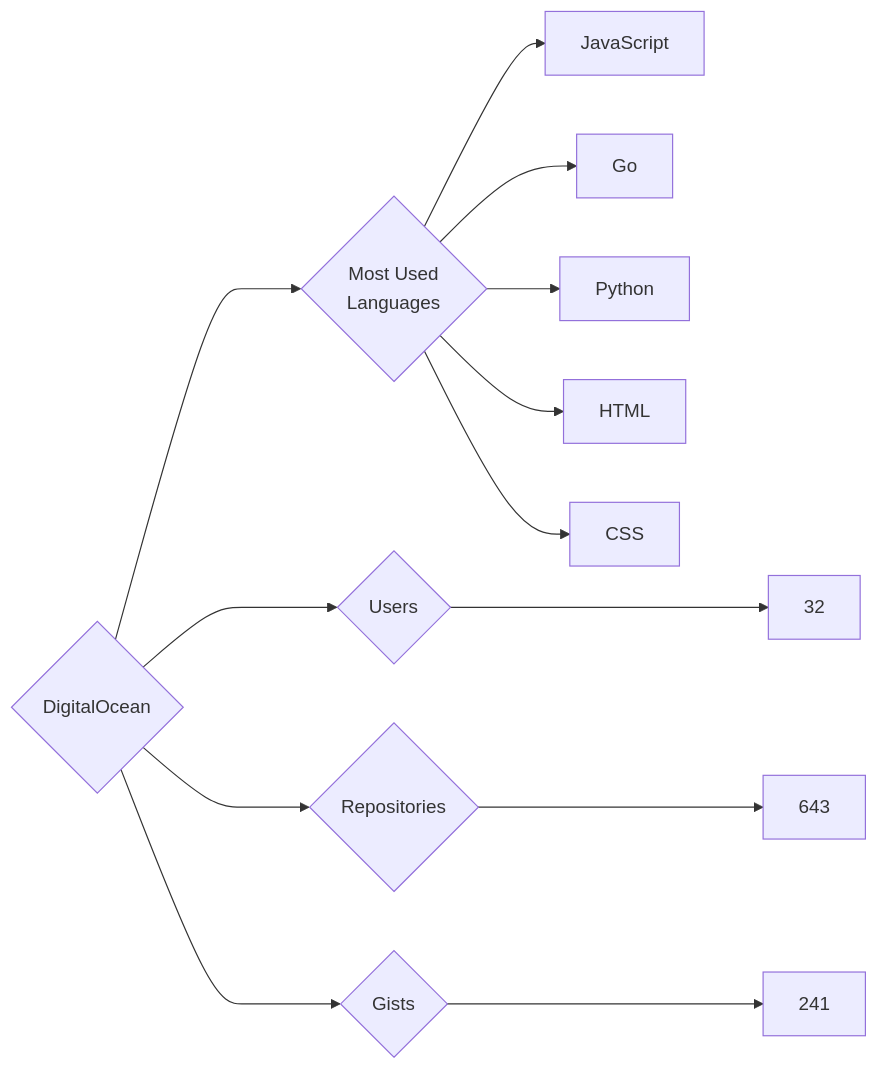
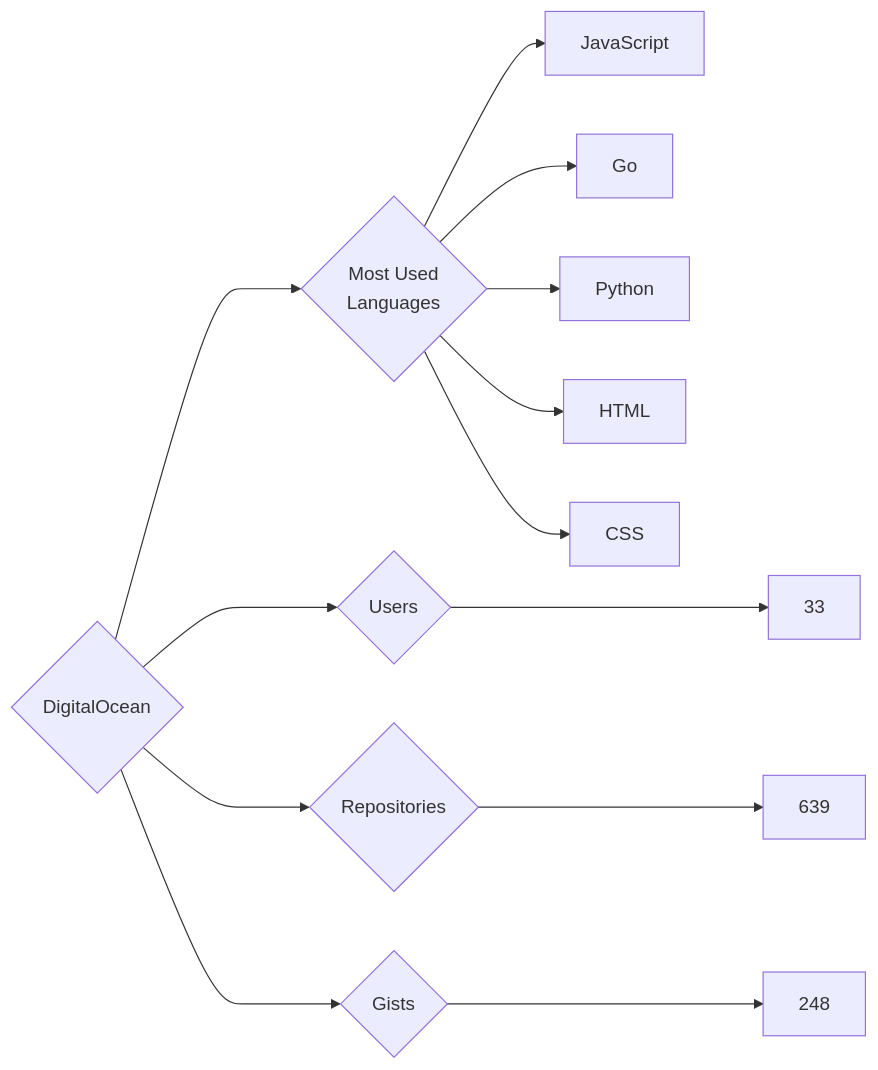
The diagram in targets/DigitalOcean/README.md (trickest/insiders), drawn with Mermaid before and after one commit. The commit also changed 895 other files, not shown here.

````diff
--- a/targets/DigitalOcean/README.md
+++ b/targets/DigitalOcean/README.md
@@ -3,13 +3,13 @@
 ```mermaid
 graph LR
 COMPANY_NAME{DigitalOcean}
-COMPANY_NAME ---> U{Users} ---> UN[32]
-COMPANY_NAME ---> R{Repositories} ---> RN[643]
-COMPANY_NAME ---> G{Gists} ---> GN[241]
+COMPANY_NAME ---> U{Users} ---> UN[33]
+COMPANY_NAME ---> R{Repositories} ---> RN[639]
+COMPANY_NAME ---> G{Gists} ---> GN[248]
 COMPANY_NAME ---> ML{Most Used<br>Languages}
 ML --> JavaScript[JavaScript]
 ML --> Go[Go]
 ML --> Python[Python]
 ML --> HTML[HTML]
 ML --> CSS[CSS]
 ```
````
